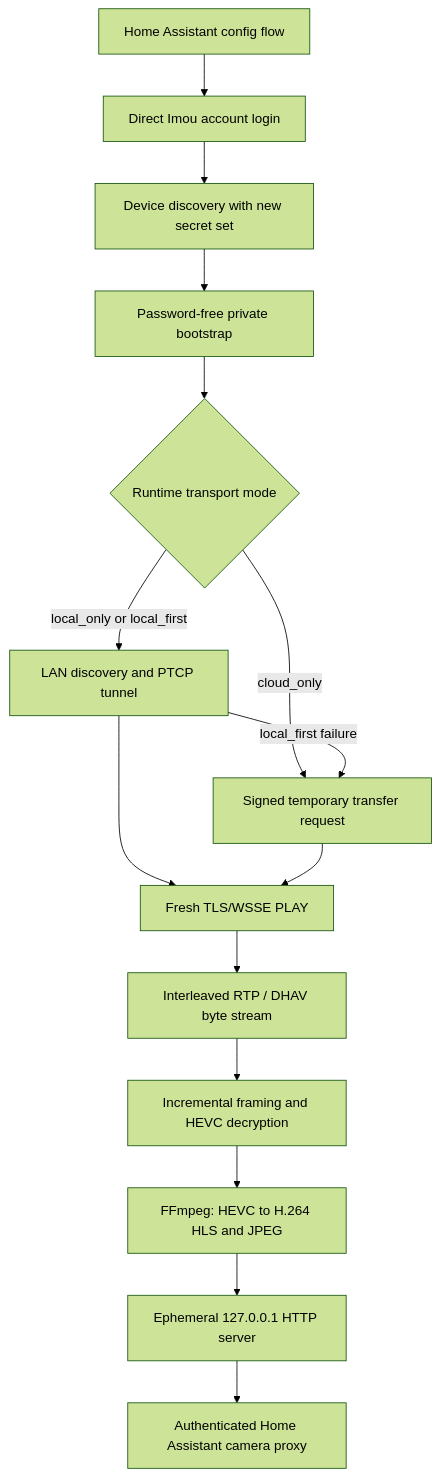
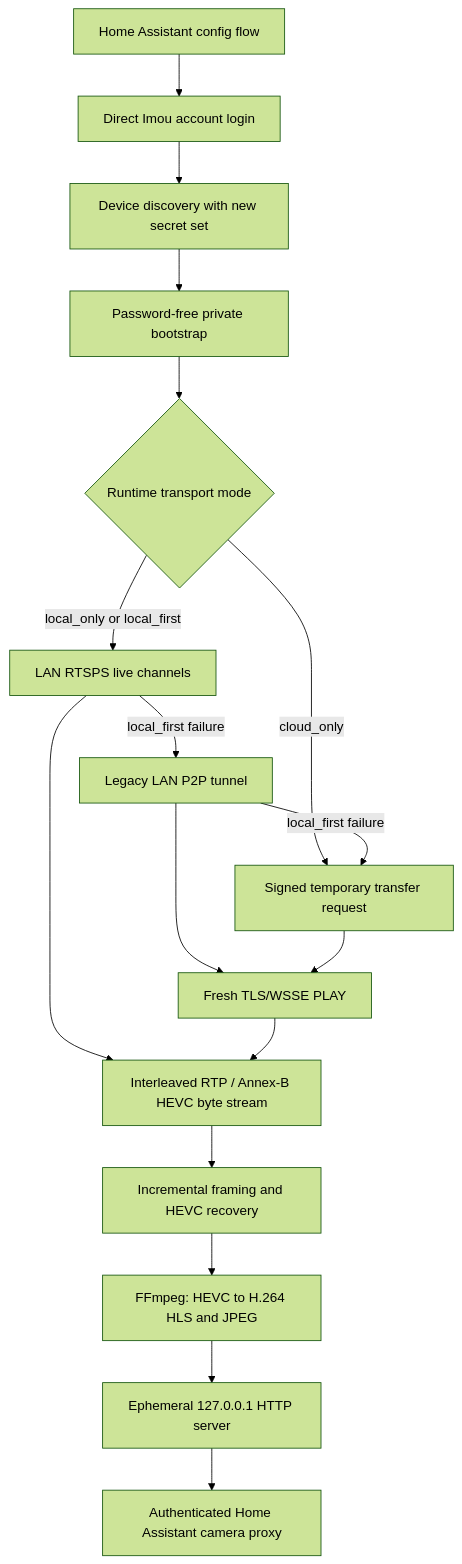
The first of 3 diagrams in docs/TECHNICAL_FLOW.md (skeltavik/imou-direct), drawn with Mermaid (forest theme) before and after one commit. The commit also changed other lines of this file and 19 other files, not shown here.

First line of the commit message:
Add intercept-daemon LAN candidate and RTSPS transport

````diff
--- a/docs/TECHNICAL_FLOW.md
+++ b/docs/TECHNICAL_FLOW.md
@@ -36,19 +37,21 @@
 ```mermaid
 flowchart TD
     UI["Home Assistant config flow"] --> LOGIN["Direct Imou account login"]
     LOGIN --> DISCOVER["Device discovery with new secret set"]
     DISCOVER --> BOOT["Password-free private bootstrap"]
     BOOT --> MODE{"Runtime transport mode"}
 
-    MODE -->|"local_only or local_first"| LAN["LAN discovery and PTCP tunnel"]
+    MODE -->|"local_only or local_first"| RTSPS["LAN RTSPS live channels"]
     MODE -->|"cloud_only"| CLOUD["Signed temporary transfer request"]
-    LAN -->|"local_first failure"| CLOUD
+    RTSPS -->|"local_first failure"| P2P["Legacy LAN P2P tunnel"]
+    P2P -->|"local_first failure"| CLOUD
 
-    LAN --> PLAY["Fresh TLS/WSSE PLAY"]
+    RTSPS --> WIRE["Interleaved RTP / Annex-B HEVC byte stream"]
+    P2P --> PLAY["Fresh TLS/WSSE PLAY"]
     CLOUD --> PLAY
-    PLAY --> WIRE["Interleaved RTP / DHAV byte stream"]
-    WIRE --> EXTRACT["Incremental framing and HEVC decryption"]
+    PLAY --> WIRE
+    WIRE --> EXTRACT["Incremental framing and HEVC recovery"]
     EXTRACT --> FFMPEG["FFmpeg: HEVC to H.264 HLS and JPEG"]
     FFMPEG --> LOOPBACK["Ephemeral 127.0.0.1 HTTP server"]
     LOOPBACK --> CAMERA["Authenticated Home Assistant camera proxy"]
 ```
````
